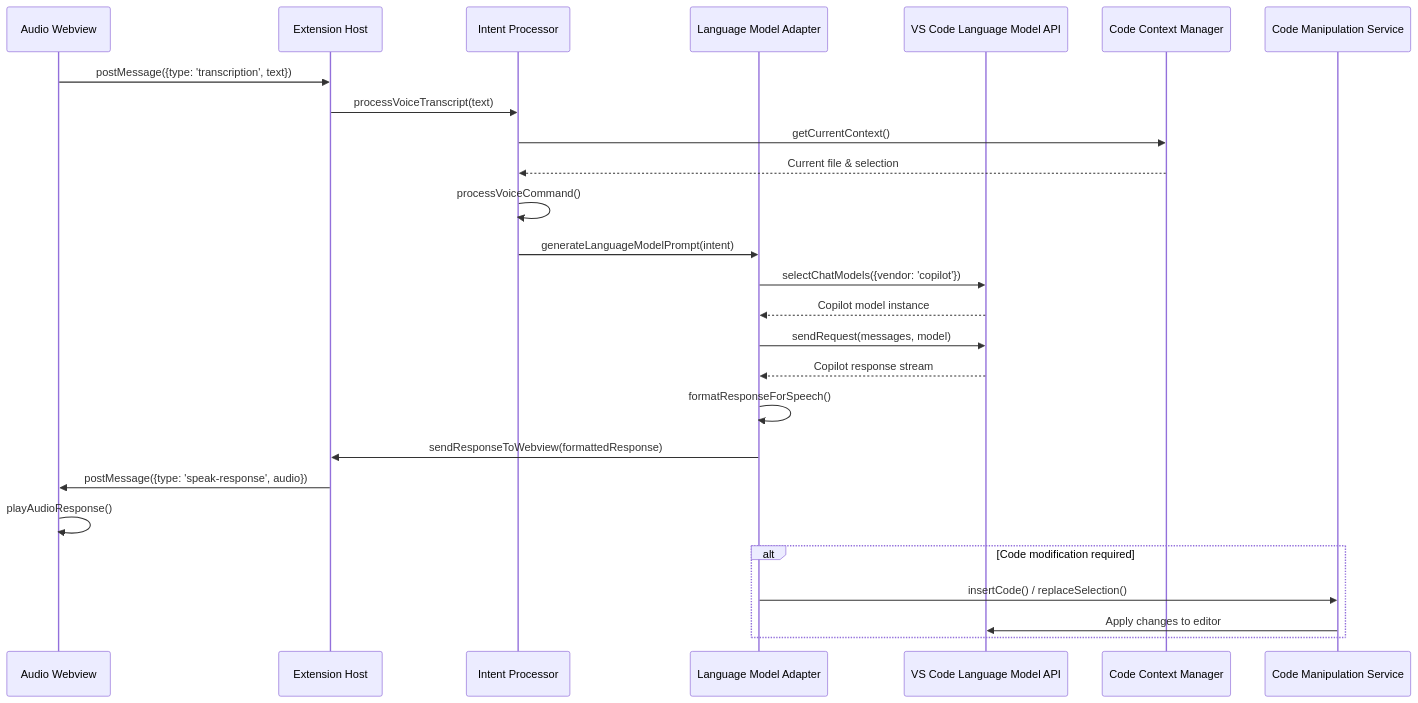
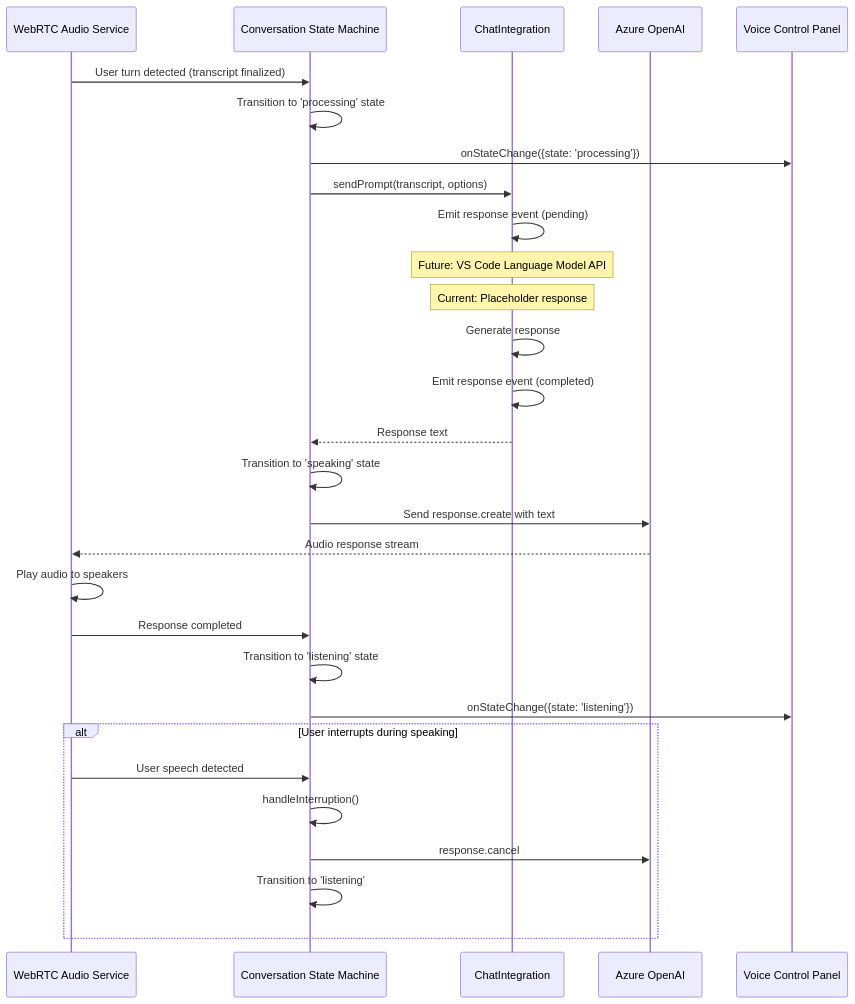
Before and after one commit to PlagueHO/voice-pilot: the third of 6 diagrams in docs/design/COMPONENTS.md, drawn with Mermaid. The commit also changed other lines of this file and 8 other files, not shown here.

````diff
--- a/docs/design/COMPONENTS.md
+++ b/docs/design/COMPONENTS.md
@@ -357,32 +598,38 @@
 ```mermaid
 sequenceDiagram
-    participant Webview as Audio Webview
-    participant ExtHost as Extension Host
-    participant IntentProc as Intent Processor
-    participant LMAdapter as Language Model Adapter
-    participant VSCodeLM as VS Code Language Model API
-    participant CodeContext as Code Context Manager
-    participant CodeManip as Code Manipulation Service
+    participant WebRTC as WebRTC Audio Service
+    participant StateMachine as Conversation State Machine
+    participant ChatIntegration
+    participant Azure as Azure OpenAI
+    participant UI as Voice Control Panel
 
-    Webview->>ExtHost: postMessage({type: 'transcription', text})
-    ExtHost->>IntentProc: processVoiceTranscript(text)
-    IntentProc->>CodeContext: getCurrentContext()
-    CodeContext-->>IntentProc: Current file & selection
-    IntentProc->>IntentProc: processVoiceCommand()
-    IntentProc->>LMAdapter: generateLanguageModelPrompt(intent)
+    WebRTC->>StateMachine: User turn detected (transcript finalized)
+    StateMachine->>StateMachine: Transition to 'processing' state
+    StateMachine->>UI: onStateChange({state: 'processing'})
 
-    LMAdapter->>VSCodeLM: selectChatModels({vendor: 'copilot'})
-    VSCodeLM-->>LMAdapter: Copilot model instance
-    LMAdapter->>VSCodeLM: sendRequest(messages, model)
-    VSCodeLM-->>LMAdapter: Copilot response stream
-    LMAdapter->>LMAdapter: formatResponseForSpeech()
+    StateMachine->>ChatIntegration: sendPrompt(transcript, options)
+    ChatIntegration->>ChatIntegration: Emit response event (pending)
 
-    LMAdapter->>ExtHost: sendResponseToWebview(formattedResponse)
-    ExtHost->>Webview: postMessage({type: 'speak-response', audio})
-    Webview->>Webview: playAudioResponse()
+    Note over ChatIntegration: Future: VS Code Language Model API
+    Note over ChatIntegration: Current: Placeholder response
 
-    alt Code modification required
-        LMAdapter->>CodeManip: insertCode() / replaceSelection()
-        CodeManip->>VSCodeLM: Apply changes to editor
+    ChatIntegration->>ChatIntegration: Generate response
+    ChatIntegration->>ChatIntegration: Emit response event (completed)
+    ChatIntegration-->>StateMachine: Response text
+
+    StateMachine->>StateMachine: Transition to 'speaking' state
+    StateMachine->>Azure: Send response.create with text
+    Azure-->>WebRTC: Audio response stream
+    WebRTC->>WebRTC: Play audio to speakers
+
+    WebRTC->>StateMachine: Response completed
+    StateMachine->>StateMachine: Transition to 'listening' state
+    StateMachine->>UI: onStateChange({state: 'listening'})
+
+    alt User interrupts during speaking
+        WebRTC->>StateMachine: User speech detected
+        StateMachine->>StateMachine: handleInterruption()
+        StateMachine->>Azure: response.cancel
+        StateMachine->>StateMachine: Transition to 'listening'
     end
 ```
````
